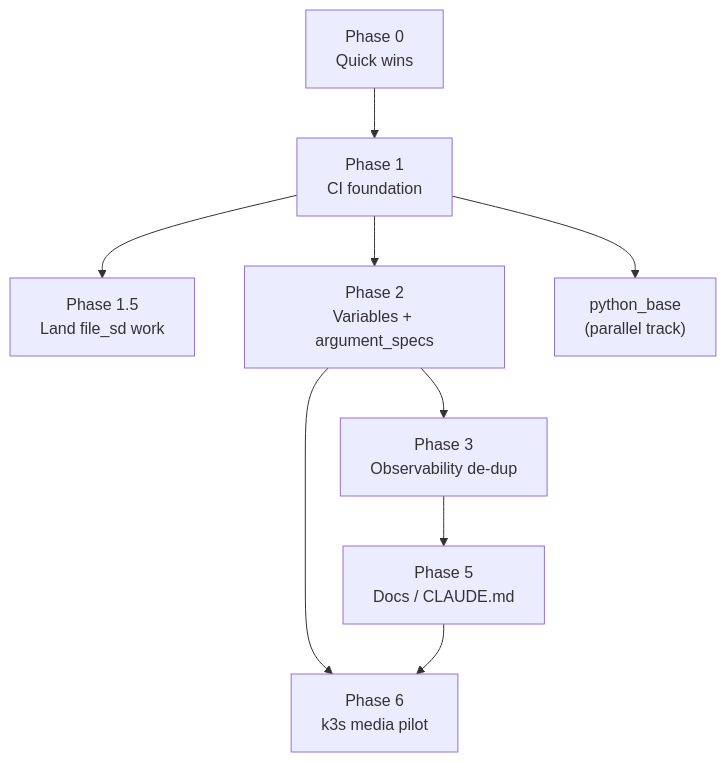
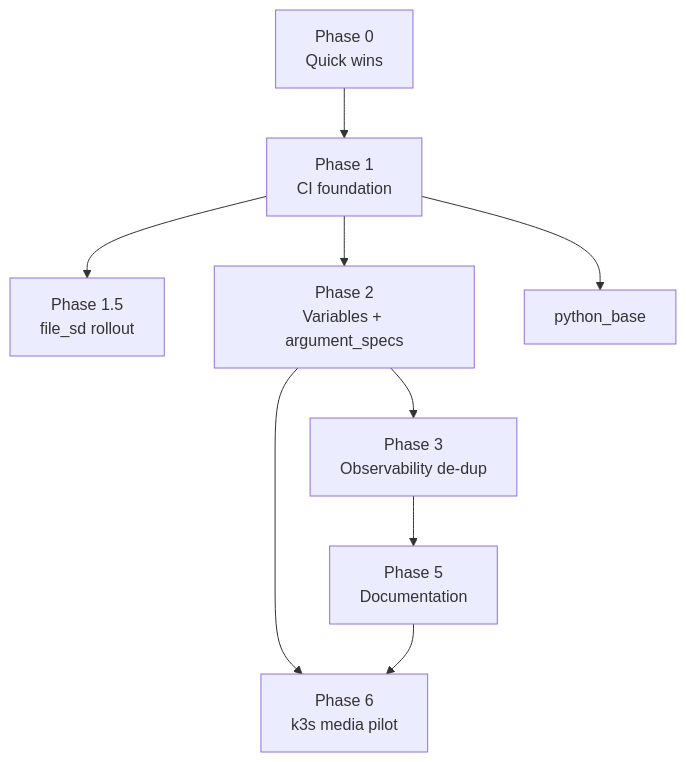
One commit to RashunB/Homelab-Docker changed the diagram in docs/wiki/synthesis/milestone-2-plan.md. Above: the diagram before and after it, drawn with Mermaid. The commit also changed other lines of this file, not shown here.

````diff
--- a/docs/wiki/synthesis/milestone-2-plan.md
+++ b/docs/wiki/synthesis/milestone-2-plan.md
@@ -40,11 +54,11 @@
 ```mermaid
 graph TD
     P0["Phase 0<br/>Quick wins"] --> P1["Phase 1<br/>CI foundation"]
-    P1 --> P15["Phase 1.5<br/>Land file_sd work"]
+    P1 --> P15["Phase 1.5<br/>file_sd rollout"]
     P1 --> P2["Phase 2<br/>Variables + argument_specs"]
     P2 --> P3["Phase 3<br/>Observability de-dup"]
-    P1 --> PB["python_base<br/>(parallel track)"]
-    P3 --> P5["Phase 5<br/>Docs / CLAUDE.md"]
+    P1 --> PB["python_base"]
+    P3 --> P5["Phase 5<br/>Documentation"]
     P2 --> P6["Phase 6<br/>k3s media pilot"]
     P5 --> P6
 ```
````
